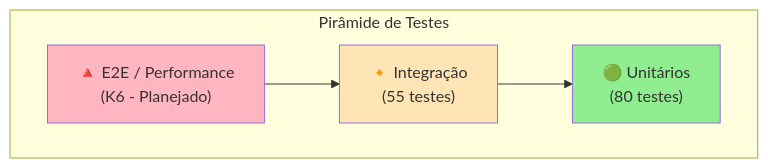
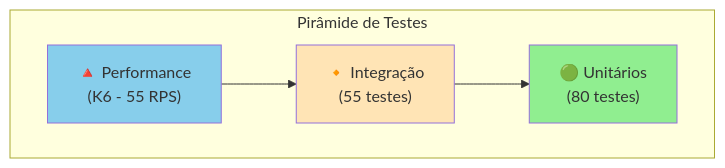
The first of 2 diagrams in docs/TESTES.md (nelson1987/desafio-cashflow), drawn with Mermaid before and after one commit. The commit also changed other lines of this file and 3 other files, not shown here.

````diff
--- a/docs/TESTES.md
+++ b/docs/TESTES.md
@@ -17,15 +18,15 @@
 ```mermaid
 graph TB
     subgraph Pirâmide["Pirâmide de Testes"]
-        E2E["🔺 E2E / Performance<br/>(K6 - Planejado)"]
+        Perf["🔺 Performance<br/>(K6 - 55 RPS)"]
         Integration["🔸 Integração<br/>(55 testes)"]
         Unit["🟢 Unitários<br/>(80 testes)"]
     end
     
-    E2E --> Integration
+    Perf --> Integration
     Integration --> Unit
     
     style Unit fill:#90EE90
     style Integration fill:#FFE4B5
-    style E2E fill:#FFB6C1
+    style Perf fill:#87CEEB
 ```
````
